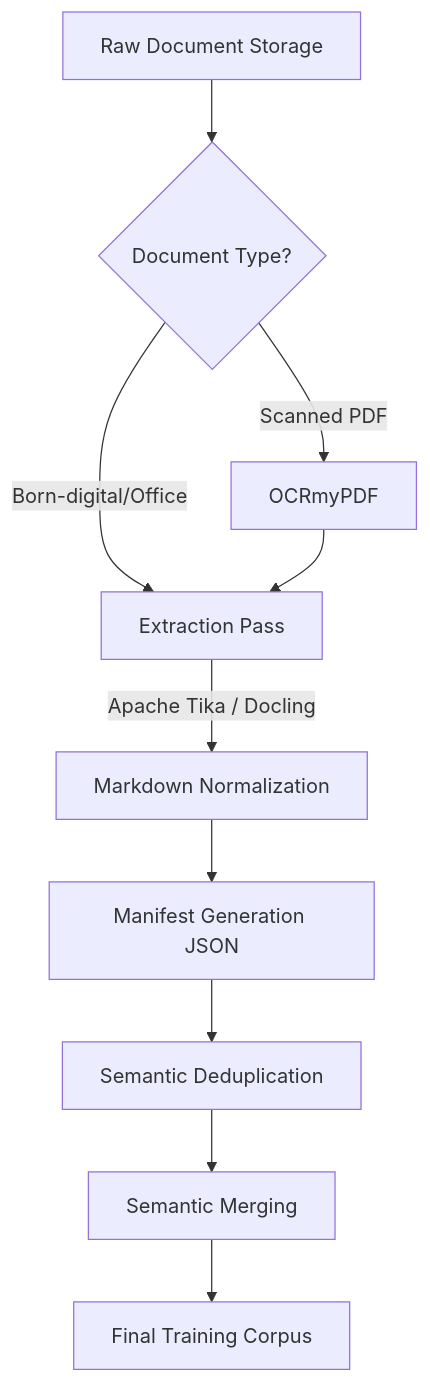
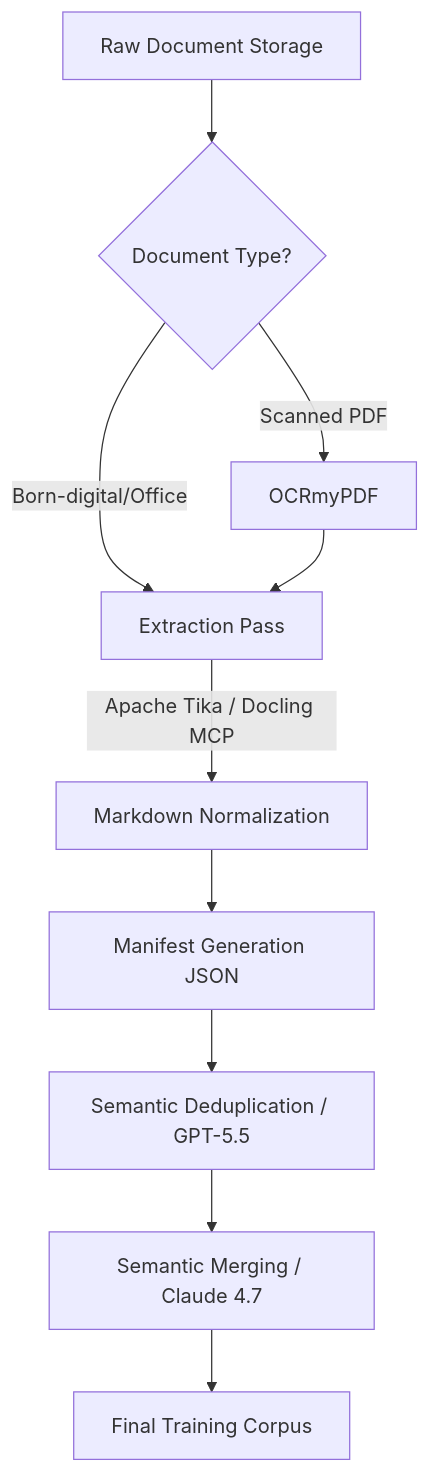
The diagram in docs/playbooks/document-preparation-for-llm-training.md (joanmarcriera/Home-office-automations), drawn with Mermaid before and after one commit. The commit also changed other lines of this file and 4 other files, not shown here.

````diff
--- a/docs/playbooks/document-preparation-for-llm-training.md
+++ b/docs/playbooks/document-preparation-for-llm-training.md
@@ -51,12 +53,12 @@
 ```mermaid
 flowchart TD
     A[Raw Document Storage] --> B{Document Type?}
     B -- Scanned PDF --> C[OCRmyPDF]
     B -- Born-digital/Office --> D[Extraction Pass]
     C --> D
-    D -- Apache Tika / Docling --> E[Markdown Normalization]
+    D -- Apache Tika / Docling MCP --> E[Markdown Normalization]
     E --> F[Manifest Generation JSON]
-    F --> G[Semantic Deduplication]
-    G --> H[Semantic Merging]
+    F --> G[Semantic Deduplication / GPT-5.5]
+    G --> H[Semantic Merging / Claude 4.7]
     H --> I[Final Training Corpus]
 ```
````
